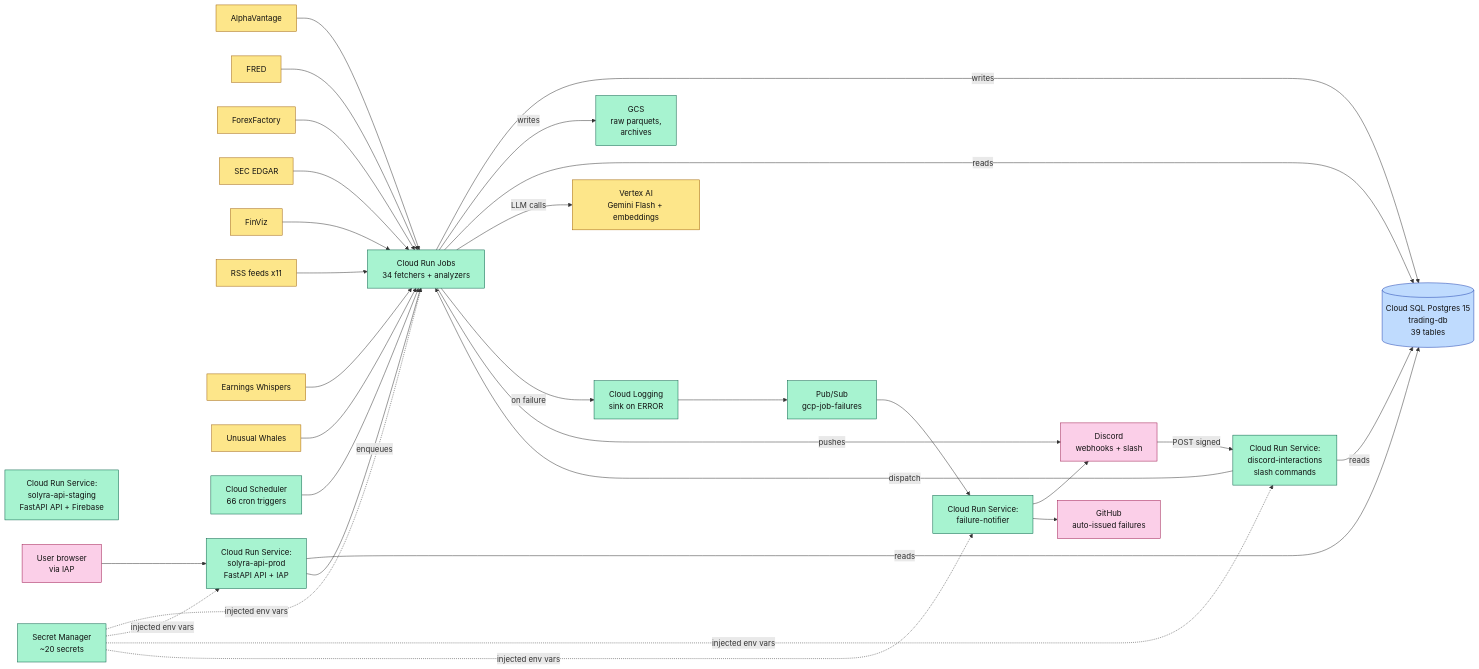
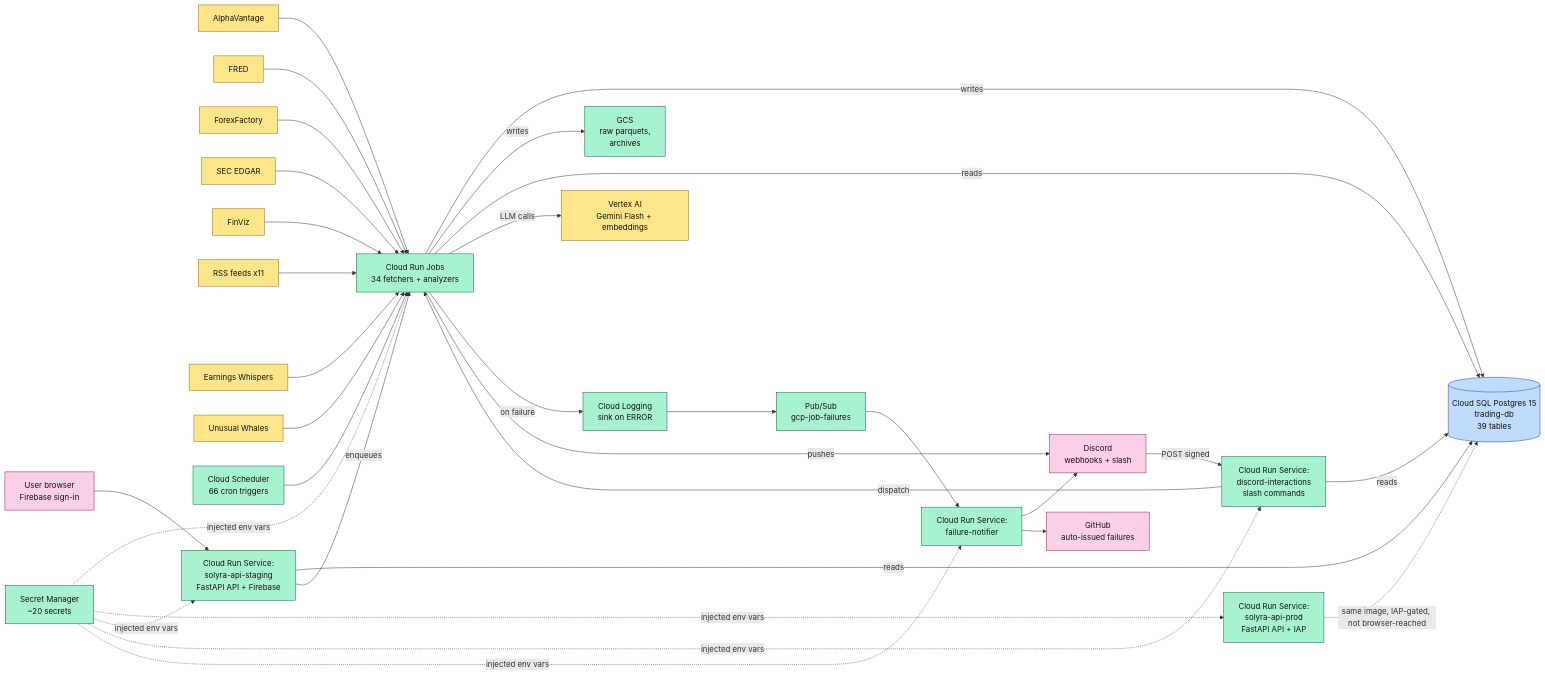
One commit to TeneikaAskew/stocks changed the first of 9 diagrams in docs/GCP_ARCHITECTURE.md. Above: the diagram before and after it, drawn with Mermaid. The commit also changed other lines of this file and 10 other files, not shown here.

````diff
--- a/docs/GCP_ARCHITECTURE.md
+++ b/docs/GCP_ARCHITECTURE.md
@@ -52,57 +52,58 @@
 ```mermaid
 flowchart LR
     classDef ext fill:#fde68a,stroke:#a16207,color:#111
     classDef gcp fill:#a7f3d0,stroke:#065f46,color:#111
     classDef db  fill:#bfdbfe,stroke:#1e40af,color:#111
     classDef out fill:#fbcfe8,stroke:#9d174d,color:#111
 
     AV[AlphaVantage]:::ext
     FRED[FRED]:::ext
     FF[ForexFactory]:::ext
     EDGAR[SEC EDGAR]:::ext
     FV[FinViz]:::ext
     RSS[RSS feeds x11]:::ext
     EW[Earnings Whispers]:::ext
     UW[Unusual Whales]:::ext
 
     SCH[Cloud Scheduler<br/>66 cron triggers]:::gcp
     JOBS[Cloud Run Jobs<br/>34 fetchers + analyzers]:::gcp
     SVC1[Cloud Run Service:<br/>solyra-api-prod<br/>FastAPI API + IAP]:::gcp
     SVC1S[Cloud Run Service:<br/>solyra-api-staging<br/>FastAPI API + Firebase]:::gcp
     SVC2[Cloud Run Service:<br/>discord-interactions<br/>slash commands]:::gcp
     SVC3[Cloud Run Service:<br/>failure-notifier]:::gcp
     GCS[GCS<br/>raw parquets,<br/>archives]:::gcp
     SQL[(Cloud SQL Postgres 15<br/>trading-db<br/>39 tables)]:::db
     SECR[Secret Manager<br/>~20 secrets]:::gcp
     PS[Pub/Sub<br/>gcp-job-failures]:::gcp
     LG[Cloud Logging<br/>sink on ERROR]:::gcp
     VAI[Vertex AI<br/>Gemini Flash + embeddings]:::ext
 
     DSC[Discord<br/>webhooks + slash]:::out
     GH[GitHub<br/>auto-issued failures]:::out
-    USR[User browser<br/>via IAP]:::out
+    USR[User browser<br/>Firebase sign-in]:::out
 
     AV & FRED & FF & EDGAR & FV & RSS & EW & UW --> JOBS
     SCH --> JOBS
     JOBS -- writes --> SQL
     JOBS -- writes --> GCS
     JOBS -- reads --> SQL
     JOBS -- LLM calls --> VAI
 
-    USR --> SVC1
-    SVC1 -- reads --> SQL
-    SVC1 -- enqueues --> JOBS
+    USR --> SVC1S
+    SVC1S -- reads --> SQL
+    SVC1S -- enqueues --> JOBS
+    SVC1 -. same image, IAP-gated, not browser-reached .-> SQL
 
     DSC -- POST signed --> SVC2
     SVC2 -- dispatch --> JOBS
     SVC2 -- reads --> SQL
 
     JOBS -- on failure --> LG
     LG --> PS
     PS --> SVC3
     SVC3 --> DSC
     SVC3 --> GH
 
     JOBS -- pushes --> DSC
-    SECR -. injected env vars .-> JOBS & SVC1 & SVC2 & SVC3
+    SECR -. injected env vars .-> JOBS & SVC1 & SVC1S & SVC2 & SVC3
 ```
````
